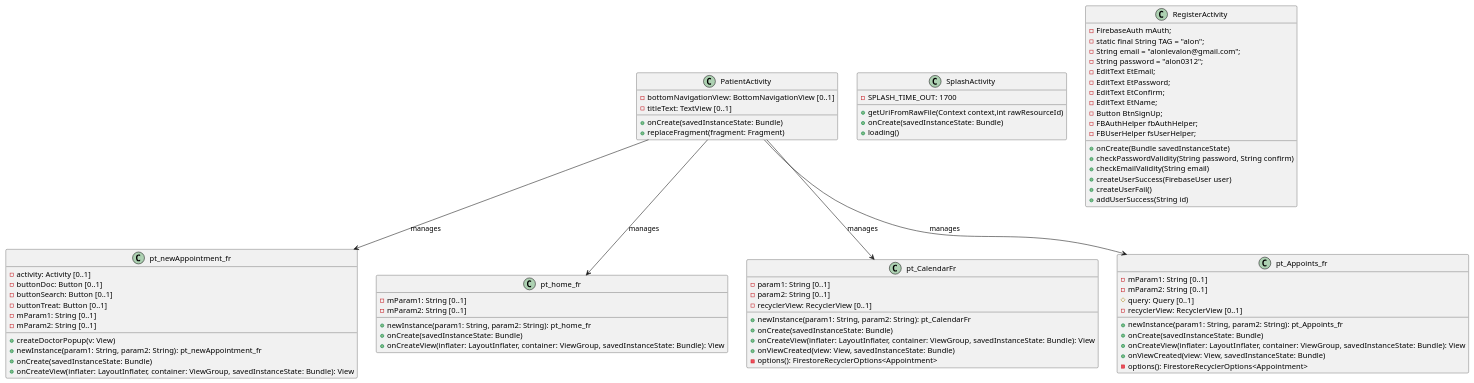
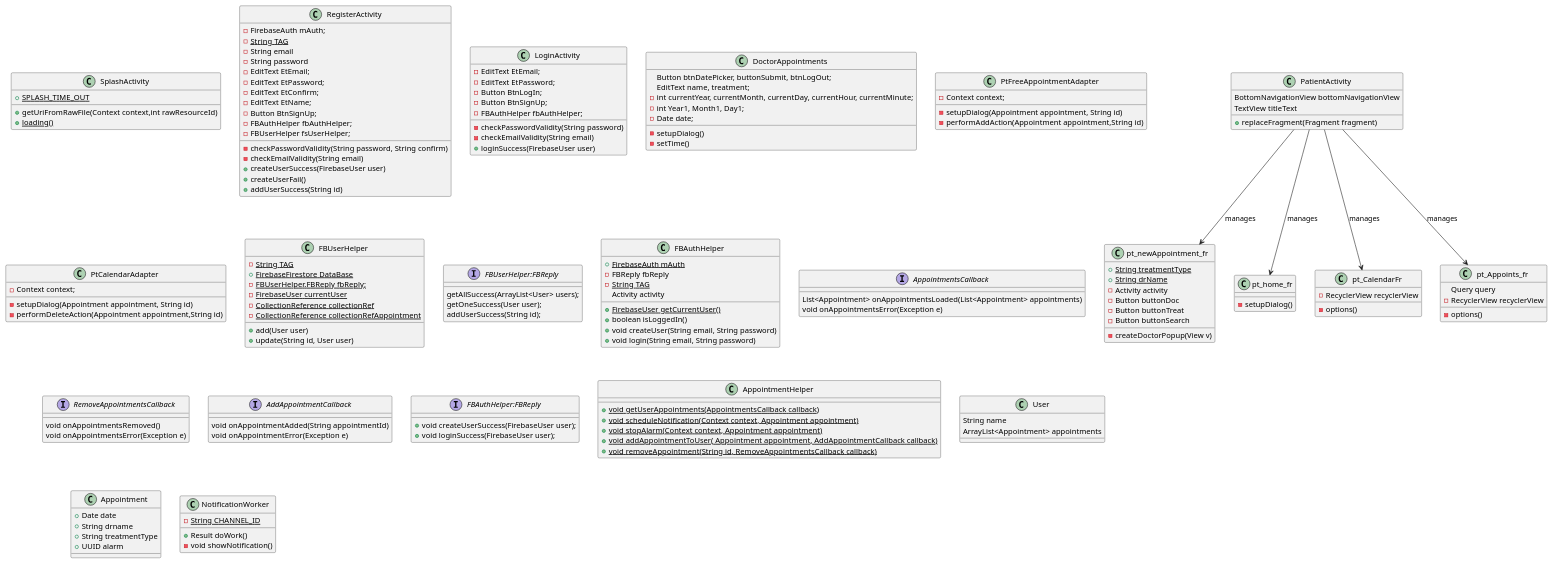
Before and after one commit to alonlevhamelechalonlevalonlevlevalon13/Dentex3: the diagram in app/src/main/java/com/example/dentex/allTogetherUML.puml, drawn with PlantUML. The commit also changed 5 other files, not shown here.

```diff
--- a/app/src/main/java/com/example/dentex/allTogetherUML.puml
+++ b/app/src/main/java/com/example/dentex/allTogetherUML.puml
@@ -1,88 +1,155 @@
 @startuml
 
-' First Diagram: PatientActivity
 class PatientActivity {
-    - bottomNavigationView: BottomNavigationView [0..1]
-    - titleText: TextView [0..1]
-    + onCreate(savedInstanceState: Bundle)
-    + replaceFragment(fragment: Fragment)
+     BottomNavigationView bottomNavigationView
+     TextView titleText
+    + replaceFragment(Fragment fragment)
 }
 
-' Second Diagram: pt_newAppointment_fr
 class pt_newAppointment_fr {
-    - activity: Activity [0..1]
-    - buttonDoc: Button [0..1]
-    - buttonSearch: Button [0..1]
-    - buttonTreat: Button [0..1]
-    - mParam1: String [0..1]
-    - mParam2: String [0..1]
-    + createDoctorPopup(v: View)
-    + newInstance(param1: String, param2: String): pt_newAppointment_fr
-    + onCreate(savedInstanceState: Bundle)
-    + onCreateView(inflater: LayoutInflater, container: ViewGroup, savedInstanceState: Bundle): View
+          +{static}String treatmentType
+          +{static}String drName
+          -Activity activity
+          -Button buttonDoc
+          -Button buttonTreat
+          -Button buttonSearch
+    -createDoctorPopup(View v)
 }
 
-' Third Diagram: pt_home_fr
 class pt_home_fr {
-    - mParam1: String [0..1]
-    - mParam2: String [0..1]
-    + newInstance(param1: String, param2: String): pt_home_fr
-    + onCreate(savedInstanceState: Bundle)
-    + onCreateView(inflater: LayoutInflater, container: ViewGroup, savedInstanceState: Bundle): View
+    -setupDialog()
 }
 
-' Fourth Diagram: pt_CalendarFr
 class pt_CalendarFr {
-    - param1: String [0..1]
-    - param2: String [0..1]
-    - recyclerView: RecyclerView [0..1]
-    + newInstance(param1: String, param2: String): pt_CalendarFr
-    + onCreate(savedInstanceState: Bundle)
-    + onCreateView(inflater: LayoutInflater, container: ViewGroup, savedInstanceState: Bundle): View
-    + onViewCreated(view: View, savedInstanceState: Bundle)
-    - options(): FirestoreRecyclerOptions<Appointment>
+    -RecyclerView recyclerView
+    -options()
 }
 
-' Fifth Diagram: pt_Appoints_fr
 class pt_Appoints_fr {
-    - mParam1: String [0..1]
-    - mParam2: String [0..1]
-    # query: Query [0..1]
-    - recyclerView: RecyclerView [0..1]
-    + newInstance(param1: String, param2: String): pt_Appoints_fr
-    + onCreate(savedInstanceState: Bundle)
-    + onCreateView(inflater: LayoutInflater, container: ViewGroup, savedInstanceState: Bundle): View
-    + onViewCreated(view: View, savedInstanceState: Bundle)
-    - options(): FirestoreRecyclerOptions<Appointment>
+    Query query
+    -RecyclerView recyclerView
+    -options()
 }
 class SplashActivity {
-    -SPLASH_TIME_OUT: 1700
+    +{static}SPLASH_TIME_OUT
     + getUriFromRawFile(Context context,int rawResourceId)
-    + onCreate(savedInstanceState: Bundle)
-    + loading()
+    + {static}loading()
 }
 class RegisterActivity{
 -FirebaseAuth mAuth;
--static final String TAG = "alon";
--String email = "alonlevalon@gmail.com";
--String password = "alon0312";
+-{static}String TAG
+-String email
+-String password
 -EditText EtEmail;
 -EditText EtPassword;
 -EditText EtConfirm;
 -EditText EtName;
 -Button BtnSignUp;
 -FBAuthHelper fbAuthHelper;
 -FBUserHelper fsUserHelper;
-+onCreate(Bundle savedInstanceState)
-+checkPasswordValidity(String password, String confirm)
-+checkEmailValidity(String email)
+-checkPasswordValidity(String password, String confirm)
+-checkEmailValidity(String email)
 +createUserSuccess(FirebaseUser user)
 +createUserFail()
 +addUserSuccess(String id)
+}
+class LoginActivity{
+    -EditText EtEmail;
+    -EditText EtPassword;
+    -Button BtnLogIn;
+    -Button BtnSignUp;
+    -FBAuthHelper fbAuthHelper;
+    -checkPasswordValidity(String password)
+    -checkEmailValidity(String email)
+    +loginSuccess(FirebaseUser user)
+}
+class DoctorAppointments{
+    Button btnDatePicker, buttonSubmit, btnLogOut;
+    EditText name, treatment;
+    -int currentYear, currentMonth, currentDay, currentHour, currentMinute;
+    -int Year1, Month1, Day1;
+    -Date date;
+    -setupDialog()
+    -setTime()
+}
+class PtFreeAppointmentAdapter{
+ -Context context;
+ -setupDialog(Appointment appointment, String id)
+ -performAddAction(Appointment appointment,String id)
+}
+class PtCalendarAdapter{
+-Context context;
+-setupDialog(Appointment appointment, String id)
+ -performDeleteAction(Appointment appointment,String id)
+}
+
+class FBUserHelper{
+    -{static}String TAG
+    +{static}FirebaseFirestore DataBase
+    -{static}FBUserHelper.FBReply fbReply;
+    -{static}FirebaseUser currentUser
+    -{static}CollectionReference collectionRef
+    -{static}CollectionReference collectionRefAppointment
+    +add(User user)
+    +update(String id, User user)
+}
+interface FBUserHelper:FBReply {
+    getAllSuccess(ArrayList<User> users);
+    getOneSuccess(User user);
+    addUserSuccess(String id);
+}
+class FBAuthHelper{
+    + {static} FirebaseAuth mAuth
+    - FBReply fbReply
+    - {static} String TAG
+    Activity activity
+    + {static} FirebaseUser getCurrentUser()
+    + boolean isLoggedIn()
+    + void createUser(String email, String password)
+    + void login(String email, String password)
+}
+ interface AppointmentsCallback {
+        List<Appointment> onAppointmentsLoaded(List<Appointment> appointments)
+        void onAppointmentsError(Exception e)
+}
+interface RemoveAppointmentsCallback {
+        void onAppointmentsRemoved()
+        void onAppointmentsError(Exception e)
+}
+
+interface AddAppointmentCallback {
+        void onAppointmentAdded(String appointmentId)
+        void onAppointmentError(Exception e)
+}
+interface FBAuthHelper:FBReply{
+        + void createUserSuccess(FirebaseUser user);
+        + void loginSuccess(FirebaseUser user);
+}
+class AppointmentHelper {
++ {static} void getUserAppointments(AppointmentsCallback callback)
++ {static} void scheduleNotification(Context context, Appointment appointment)
++ {static} void stopAlarm(Context context, Appointment appointment)
++ {static} void addAppointmentToUser( Appointment appointment, AddAppointmentCallback callback)
++ {static} void removeAppointment(String id, RemoveAppointmentsCallback callback)
+}
+class User {
+String name
+ArrayList<Appointment> appointments
+}
+class Appointment{
+    + Date date
+    + String drname
+    + String treatmentType
+    + UUID alarm
+}
+class NotificationWorker{
+- {static} String CHANNEL_ID
++ Result doWork()
+- void showNotification()
 }
 PatientActivity --> pt_CalendarFr :manages
 PatientActivity --> pt_Appoints_fr :manages
 PatientActivity --> pt_home_fr :manages
 PatientActivity --> pt_newAppointment_fr :manages
 
 @enduml
```
